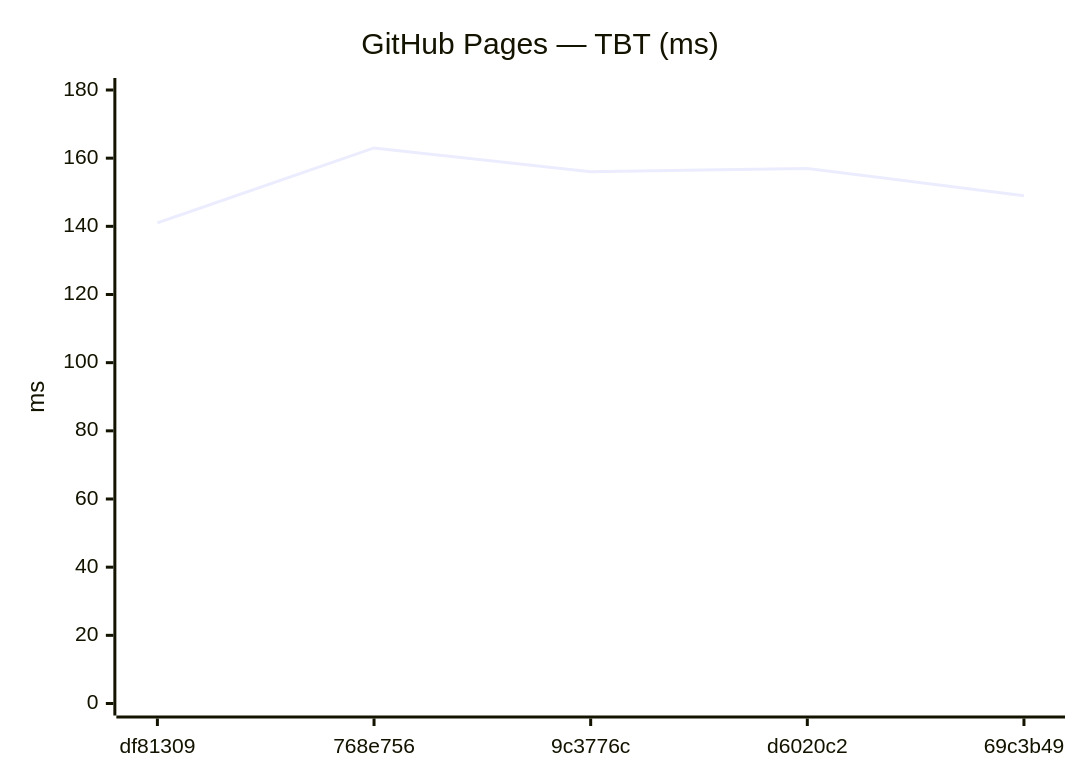
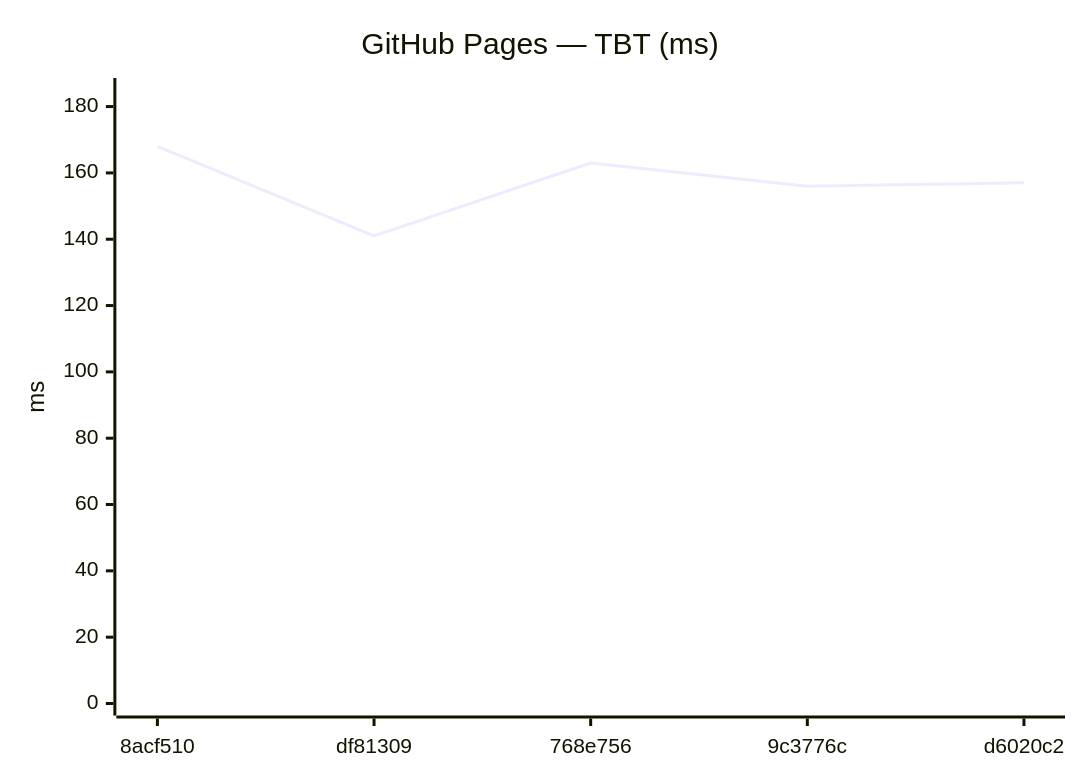
The tenth of 18 diagrams in benchmarks/compare.md (Metaheurist/Rianell), drawn with Mermaid before and after one commit. The commit also changed other lines of this file and 11 other files, not shown here.

````diff
--- a/benchmarks/compare.md
+++ b/benchmarks/compare.md
@@ -149,7 +149,7 @@
 ```mermaid
 xychart-beta
     title "GitHub Pages — TBT (ms)"
-    x-axis ["df81309", "768e756", "9c3776c", "d6020c2", "69c3b49"]
-    y-axis "ms" 0 --> 180
-    line [141, 163, 156, 157, 149]
+    x-axis ["8acf510", "df81309", "768e756", "9c3776c", "d6020c2"]
+    y-axis "ms" 0 --> 185
+    line [168, 141, 163, 156, 157]
 ```
````
